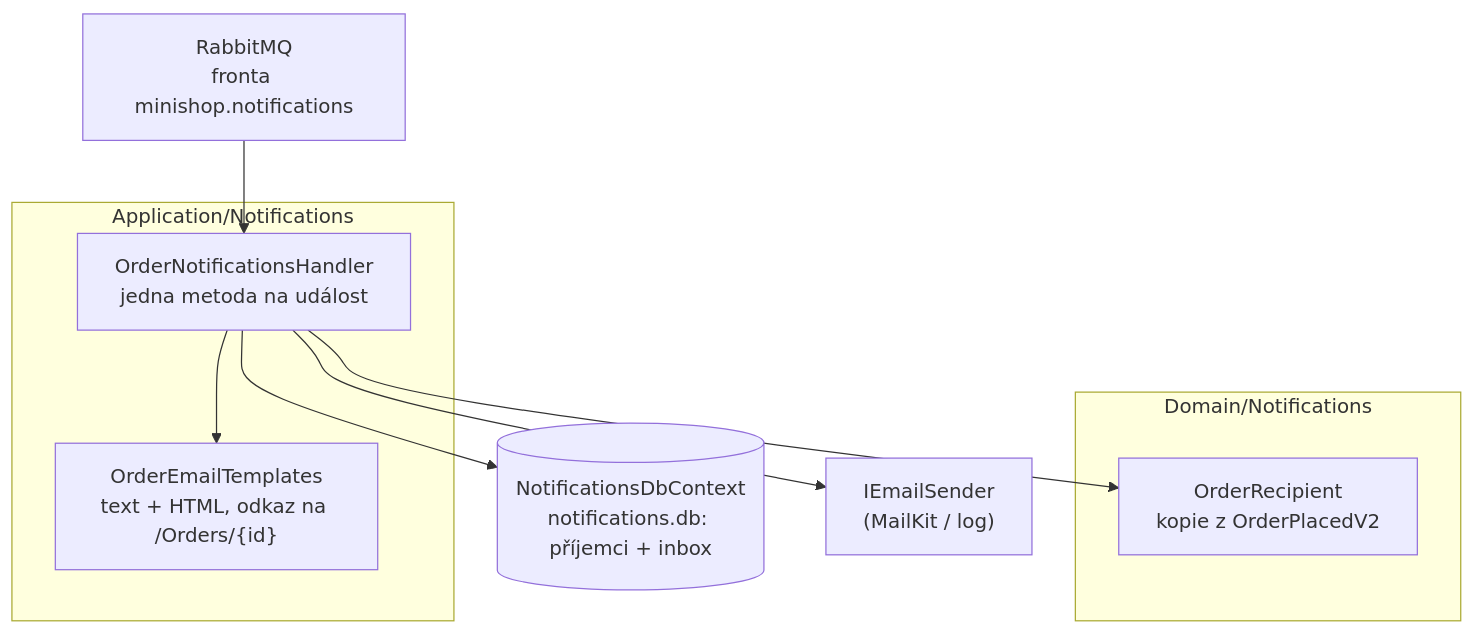
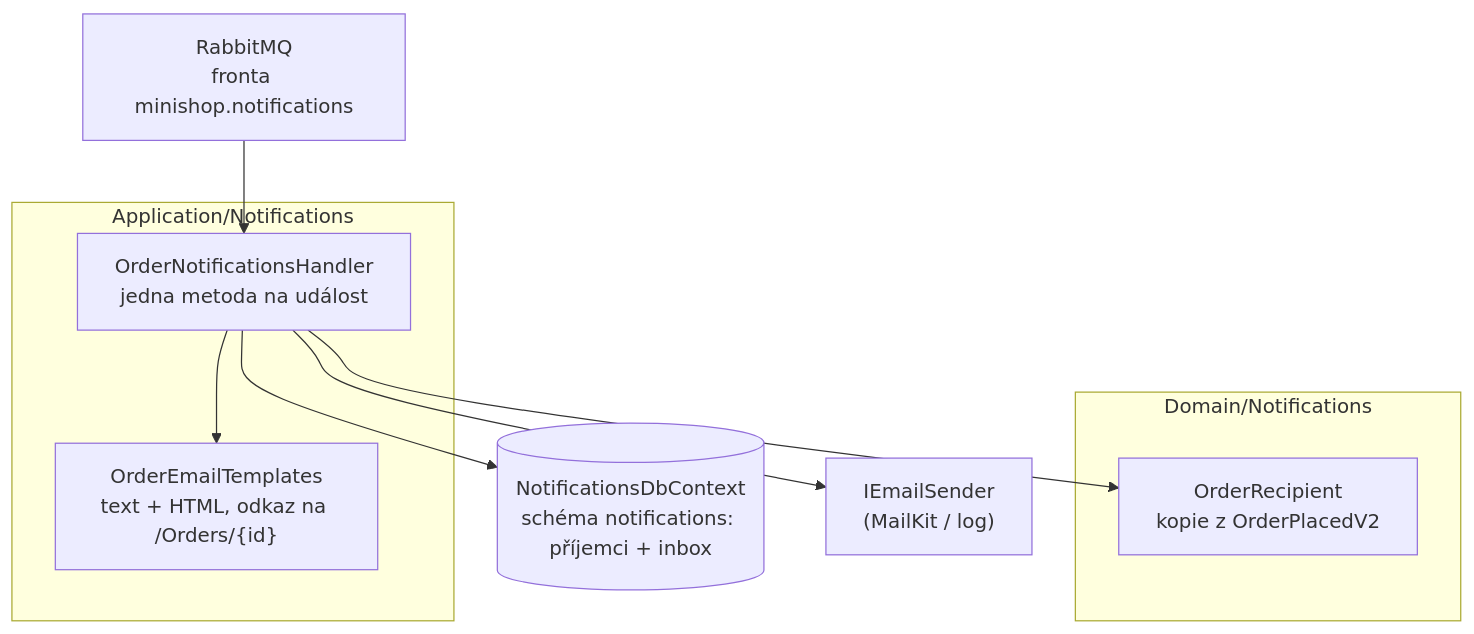
The diagram in docs/prirucka/architektura/moduly/notifications.md (ftichy/MiniShop), drawn with Mermaid before and after one commit. The commit also changed other lines of this file and 248 other files, not shown here.

````diff
--- a/docs/prirucka/architektura/moduly/notifications.md
+++ b/docs/prirucka/architektura/moduly/notifications.md
@@ -13,23 +13,23 @@
 ```mermaid
 flowchart TB
     mq["RabbitMQ<br/>fronta minishop.notifications"]
     subgraph app["Application/Notifications"]
         handler["OrderNotificationsHandler<br/>jedna metoda na událost"]
         templates["OrderEmailTemplates<br/>text + HTML, odkaz na /Orders/{id}"]
     end
     subgraph domain["Domain/Notifications"]
         recipient["OrderRecipient<br/>kopie z OrderPlacedV2"]
     end
-    db[("NotificationsDbContext<br/>notifications.db: příjemci + inbox")]
+    db[("NotificationsDbContext<br/>schéma notifications: příjemci + inbox")]
     sender["IEmailSender<br/>(MailKit / log)"]
 
     mq --> handler
     handler --> recipient
     handler --> templates
     handler --> db
     handler --> sender
 
     click handler "/Docs/architektura/emaily"
     click db "/Docs/eda/inbox"
     click mq "/Docs/eda/broker"
 ```
````
